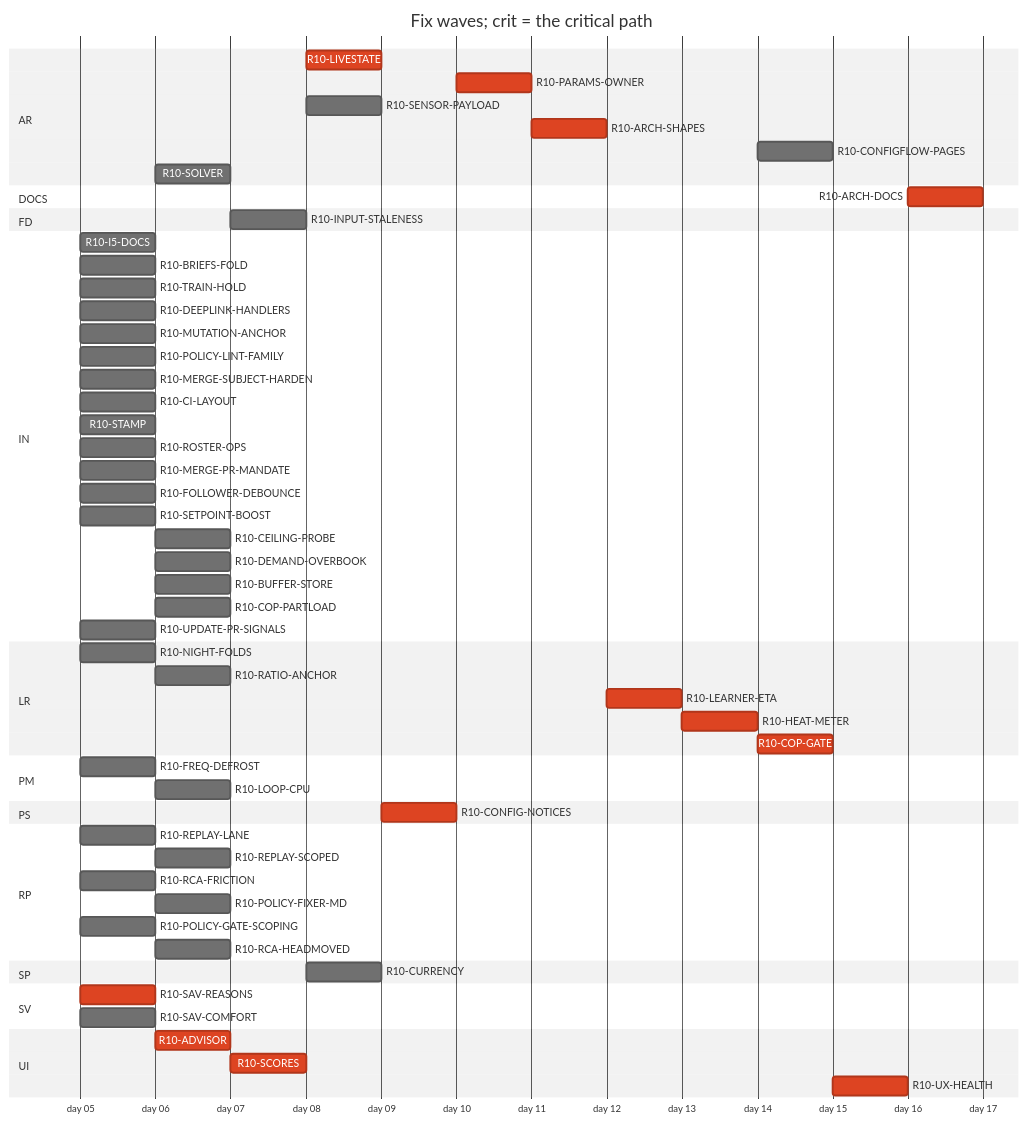
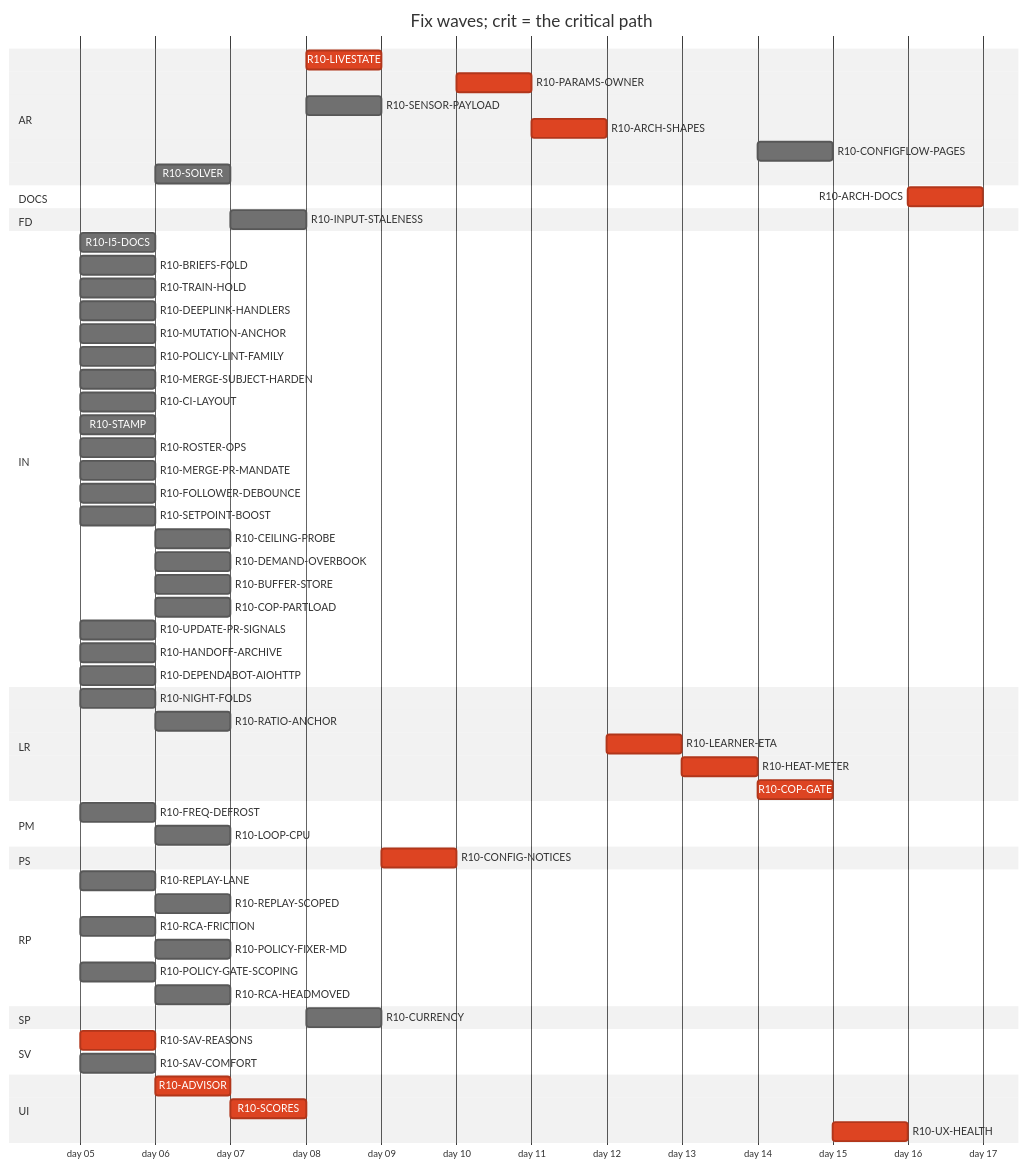
The diagram in handoff/round10/state/PLAN-TABLE.md (tvofi/heatpump_optimizer), drawn with Mermaid (neutral theme) before and after one commit. The commit also changed other lines of this file and 2 other files, not shown here.

````diff
--- a/handoff/round10/state/PLAN-TABLE.md
+++ b/handoff/round10/state/PLAN-TABLE.md
@@ -24,63 +24,65 @@
 ```mermaid
 gantt
   title Fix waves; crit = the critical path
   dateFormat YYYY-MM-DD
   axisFormat day %d
   section AR
     R10-LIVESTATE :crit, r10LIVESTATE, after r10SCORES, 1d
     R10-PARAMS-OWNER :crit, r10PARAMSOWNER, after r10CONFIGNOTICES, 1d
     R10-SENSOR-PAYLOAD :r10SENSORPAYLOAD, after r10SCORES, 1d
     R10-ARCH-SHAPES :crit, r10ARCHSHAPES, after r10PARAMSOWNER r10SENSORPAYLOAD r10FREQDEFROST, 1d
     R10-CONFIGFLOW-PAGES :r10CONFIGFLOWPAGES, after r10HEATMETER, 1d
     R10-SOLVER :r10SOLVER, after r10SAVREASONS, 1d
   section DOCS
     R10-ARCH-DOCS :crit, r10ARCHDOCS, after r10NIGHTFOLDS r10RATIOANCHOR r10INPUTSTALENESS r10CURRENCY r10FREQDEFROST r10LOOPCPU r10SAVREASONS r10ADVISOR r10SCORES r10LIVESTATE r10CONFIGNOTICES r10PARAMSOWNER r10SENSORPAYLOAD r10ARCHSHAPES r10LEARNERETA r10HEATMETER r10COPGATE r10UXHEALTH r10CONFIGFLOWPAGES r10SOLVER r10I5DOCS r10BRIEFSFOLD r10REPLAYLANE r10REPLAYSCOPED r10TRAINHOLD r10DEEPLINKHANDLERS, 1d
   section FD
     R10-INPUT-STALENESS :r10INPUTSTALENESS, after r10RATIOANCHOR, 1d
   section IN
     R10-I5-DOCS :r10I5DOCS, 2026-01-05, 1d
     R10-BRIEFS-FOLD :r10BRIEFSFOLD, 2026-01-05, 1d
     R10-TRAIN-HOLD :r10TRAINHOLD, 2026-01-05, 1d
     R10-DEEPLINK-HANDLERS :r10DEEPLINKHANDLERS, 2026-01-05, 1d
     R10-MUTATION-ANCHOR :r10MUTATIONANCHOR, 2026-01-05, 1d
     R10-POLICY-LINT-FAMILY :r10POLICYLINTFAMILY, 2026-01-05, 1d
     R10-MERGE-SUBJECT-HARDEN :r10MERGESUBJECTHARDEN, 2026-01-05, 1d
     R10-CI-LAYOUT :r10CILAYOUT, 2026-01-05, 1d
     R10-STAMP :r10STAMP, 2026-01-05, 1d
     R10-ROSTER-OPS :r10ROSTEROPS, 2026-01-05, 1d
     R10-MERGE-PR-MANDATE :r10MERGEPRMANDATE, 2026-01-05, 1d
     R10-FOLLOWER-DEBOUNCE :r10FOLLOWERDEBOUNCE, 2026-01-05, 1d
     R10-SETPOINT-BOOST :r10SETPOINTBOOST, 2026-01-05, 1d
     R10-CEILING-PROBE :r10CEILINGPROBE, after r10SETPOINTBOOST r10CILAYOUT r10NIGHTFOLDS, 1d
     R10-DEMAND-OVERBOOK :r10DEMANDOVERBOOK, after r10SETPOINTBOOST, 1d
     R10-BUFFER-STORE :r10BUFFERSTORE, after r10SETPOINTBOOST, 1d
     R10-COP-PARTLOAD :r10COPPARTLOAD, after r10SETPOINTBOOST, 1d
     R10-UPDATE-PR-SIGNALS :r10UPDATEPRSIGNALS, 2026-01-05, 1d
+    R10-HANDOFF-ARCHIVE :r10HANDOFFARCHIVE, 2026-01-05, 1d
+    R10-DEPENDABOT-AIOHTTP :r10DEPENDABOTAIOHTTP, 2026-01-05, 1d
   section LR
     R10-NIGHT-FOLDS :r10NIGHTFOLDS, 2026-01-05, 1d
     R10-RATIO-ANCHOR :r10RATIOANCHOR, after r10NIGHTFOLDS, 1d
     R10-LEARNER-ETA :crit, r10LEARNERETA, after r10ARCHSHAPES, 1d
     R10-HEAT-METER :crit, r10HEATMETER, after r10LEARNERETA r10INPUTSTALENESS r10RATIOANCHOR, 1d
     R10-COP-GATE :crit, r10COPGATE, after r10HEATMETER r10SENSORPAYLOAD, 1d
   section PM
     R10-FREQ-DEFROST :r10FREQDEFROST, 2026-01-05, 1d
     R10-LOOP-CPU :r10LOOPCPU, after r10FREQDEFROST, 1d
   section PS
     R10-CONFIG-NOTICES :crit, r10CONFIGNOTICES, after r10LIVESTATE, 1d
   section RP
     R10-REPLAY-LANE :r10REPLAYLANE, 2026-01-05, 1d
     R10-REPLAY-SCOPED :r10REPLAYSCOPED, after r10REPLAYLANE r10TRAINHOLD, 1d
     R10-RCA-FRICTION :r10RCAFRICTION, 2026-01-05, 1d
     R10-POLICY-FIXER-MD :r10POLICYFIXERMD, after r10RCAFRICTION r10BRIEFSFOLD, 1d
     R10-POLICY-GATE-SCOPING :r10POLICYGATESCOPING, 2026-01-05, 1d
     R10-RCA-HEADMOVED :r10RCAHEADMOVED, after r10RCAFRICTION, 1d
   section SP
     R10-CURRENCY :r10CURRENCY, after r10INPUTSTALENESS, 1d
   section SV
     R10-SAV-REASONS :crit, r10SAVREASONS, 2026-01-05, 1d
     R10-SAV-COMFORT :r10SAVCOMFORT, 2026-01-05, 1d
   section UI
     R10-ADVISOR :crit, r10ADVISOR, after r10SAVREASONS, 1d
     R10-SCORES :crit, r10SCORES, after r10ADVISOR, 1d
     R10-UX-HEALTH :crit, r10UXHEALTH, after r10SCORES r10COPGATE r10HEATMETER, 1d
 ```
````
